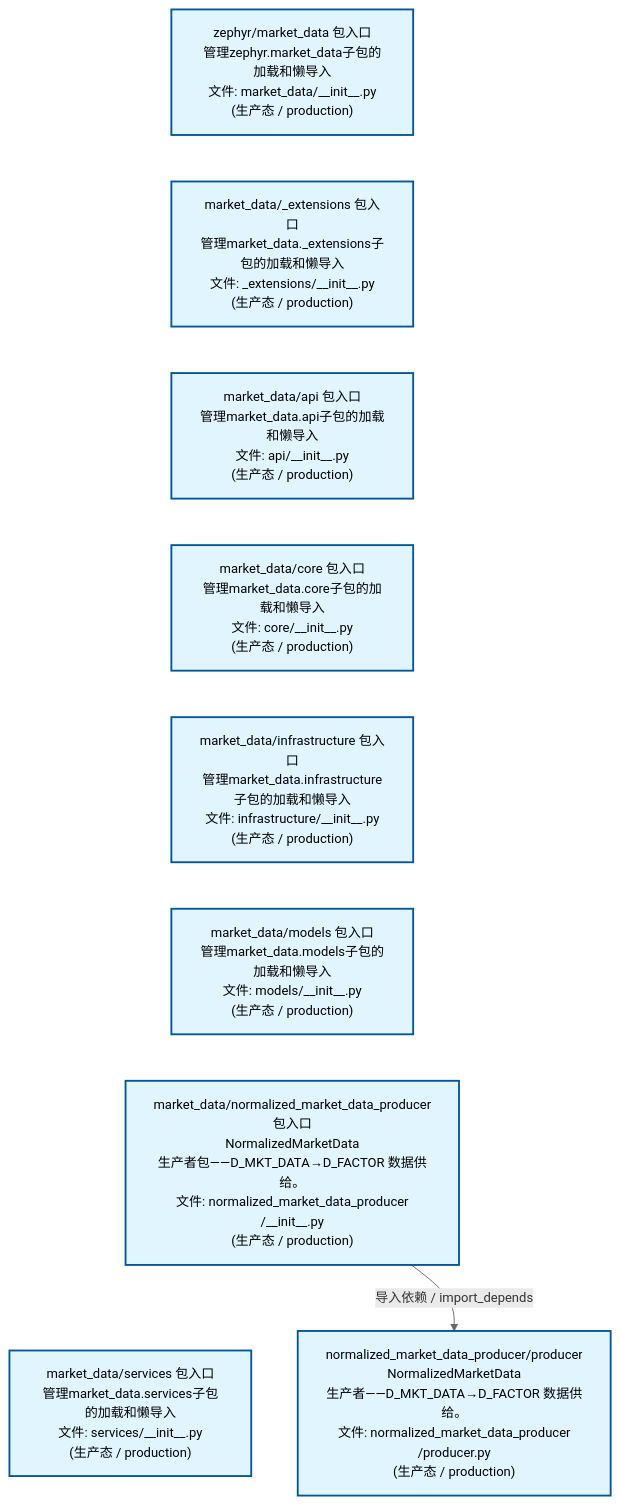
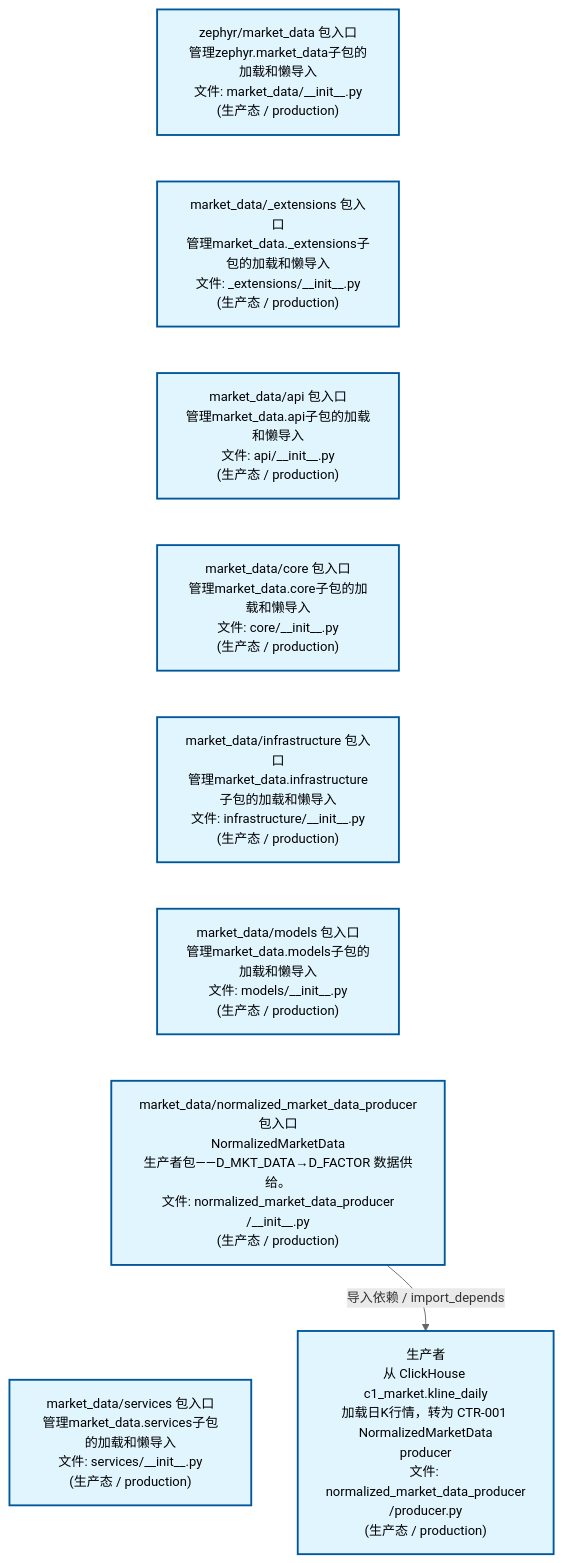
Before and after one commit to xuanFelixVan/ZephyrAlpha: the second of 4 diagrams in docs/02_enterprise_architecture/02_domain_architecture_docs/23_d_mkt_data.md, drawn with Mermaid. The commit also changed other lines of this file and 54 other files, not shown here.

````diff
--- a/docs/02_enterprise_architecture/02_domain_architecture_docs/23_d_mkt_data.md
+++ b/docs/02_enterprise_architecture/02_domain_architecture_docs/23_d_mkt_data.md
@@ -112,26 +112,26 @@
 ```mermaid
 %%{init: {'theme': 'base', 'themeVariables': {'primaryColor': '#eaeaea', 'primaryTextColor': '#333333', 'primaryBorderColor': '#666666', 'lineColor': '#666666', 'secondaryColor': '#eaeaea', 'tertiaryColor': '#eaeaea', 'fontSize': '14px'}}}%%
 flowchart TD
     src_zephyr_market_data_init_py["zephyr/market_data 包入口<br/>管理zephyr.market_data子包的加载和懒导入<br/>文件: market_data/__init__.py<br/>(生产态 / production)"]
     src_zephyr_market_data_extensions_init_py["market_data/_extensions 包入口<br/>管理market_data._extensions子包的加载和懒导入<br/>文件: _extensions/__init__.py<br/>(生产态 / production)"]
     src_zephyr_market_data_api_init_py["market_data/api 包入口<br/>管理market_data.api子包的加载和懒导入<br/>文件: api/__init__.py<br/>(生产态 / production)"]
     src_zephyr_market_data_core_init_py["market_data/core 包入口<br/>管理market_data.core子包的加载和懒导入<br/>文件: core/__init__.py<br/>(生产态 / production)"]
     src_zephyr_market_data_infrastructure_init_py["market_data/infrastructure 包入口<br/>管理market_data.infrastructure子包的加载和懒导入<br/>文件: infrastructure/__init__.py<br/>(生产态 / production)"]
     src_zephyr_market_data_models_init_py["market_data/models 包入口<br/>管理market_data.models子包的加载和懒导入<br/>文件: models/__init__.py<br/>(生产态 / production)"]
     src_zephyr_market_data_normalized_market_data_producer_init_py["market_data/normalized_market_data_producer<br/>包入口<br/>NormalizedMarketData<br/>生产者包——D_MKT_DATA→D_FACTOR 数据供给。<br/>文件: normalized_market_data_producer<br/>/__init__.py<br/>(生产态 / production)"]
     src_zephyr_market_data_services_init_py["market_data/services 包入口<br/>管理market_data.services子包的加载和懒导入<br/>文件: services/__init__.py<br/>(生产态 / production)"]
     src_zephyr_market_data_init_py ~~~ src_zephyr_market_data_extensions_init_py
     src_zephyr_market_data_extensions_init_py ~~~ src_zephyr_market_data_api_init_py
     src_zephyr_market_data_api_init_py ~~~ src_zephyr_market_data_core_init_py
     src_zephyr_market_data_core_init_py ~~~ src_zephyr_market_data_infrastructure_init_py
     src_zephyr_market_data_infrastructure_init_py ~~~ src_zephyr_market_data_models_init_py
     src_zephyr_market_data_models_init_py ~~~ src_zephyr_market_data_normalized_market_data_producer_init_py
     src_zephyr_market_data_normalized_market_data_producer_init_py ~~~ src_zephyr_market_data_services_init_py
-    src_zephyr_market_data_normalized_market_data_producer_producer_py["normalized_market_data_producer/producer<br/>NormalizedMarketData<br/>生产者——D_MKT_DATA→D_FACTOR 数据供给。<br/>文件: normalized_market_data_producer<br/>/producer.py<br/>(生产态 / production)"]
+    src_zephyr_market_data_normalized_market_data_producer_producer_py["生产者<br/>从 ClickHouse c1_market.kline_daily<br/>加载日K行情，转为 CTR-001 NormalizedMarketData<br/>producer<br/>文件: normalized_market_data_producer<br/>/producer.py<br/>(生产态 / production)"]
     src_zephyr_market_data_normalized_market_data_producer_init_py -->|导入依赖 / import_depends| src_zephyr_market_data_normalized_market_data_producer_producer_py
     classDef production fill:#e1f5fe,stroke:#01579b,stroke-width:2px,color:#000
     classDef design fill:#fff3e0,stroke:#e65100,stroke-width:2px,color:#000,stroke-dasharray: 5 5
     classDef external_prod fill:#e8f4fd,stroke:#0277bd,stroke-width:1px,color:#000
     classDef external_design fill:#fff8e7,stroke:#ef6c00,stroke-width:1px,color:#000,stroke-dasharray: 5 5
     class src_zephyr_market_data_init_py,src_zephyr_market_data_extensions_init_py,src_zephyr_market_data_api_init_py,src_zephyr_market_data_core_init_py,src_zephyr_market_data_infrastructure_init_py,src_zephyr_market_data_models_init_py,src_zephyr_market_data_normalized_market_data_producer_init_py,src_zephyr_market_data_normalized_market_data_producer_producer_py,src_zephyr_market_data_services_init_py production
 ```
````
